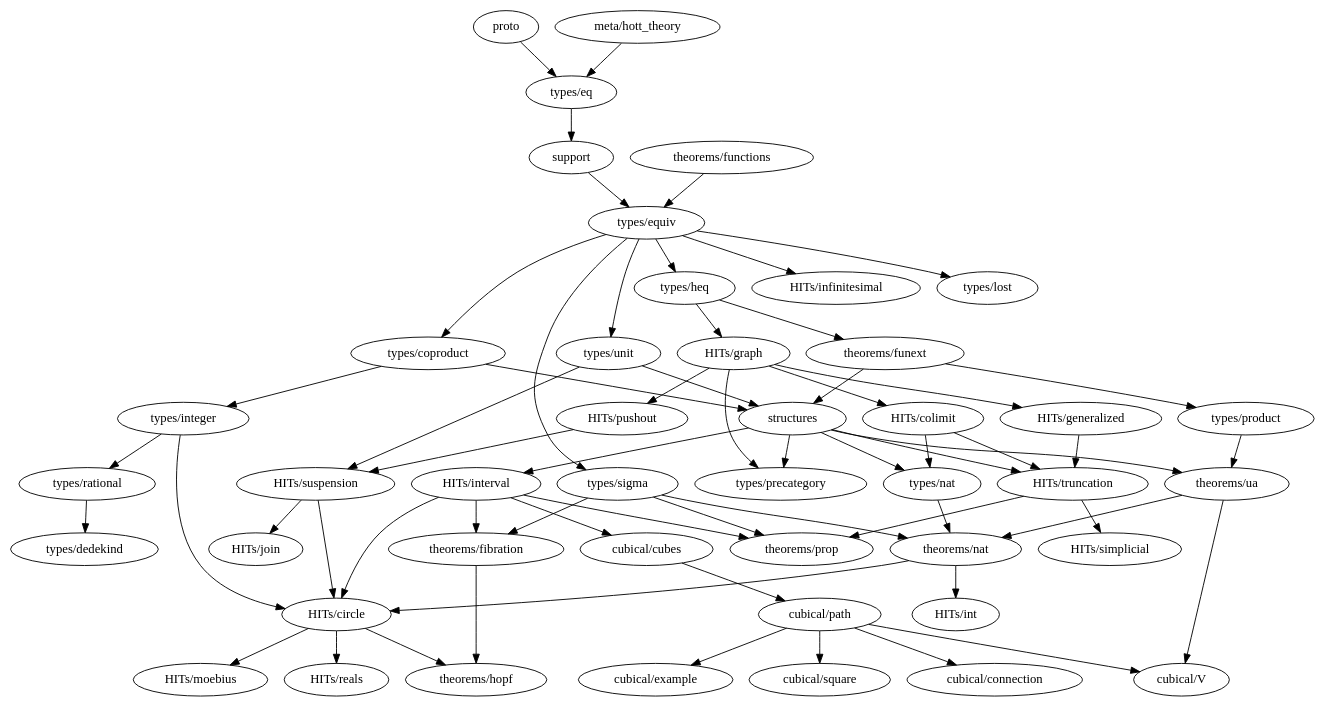
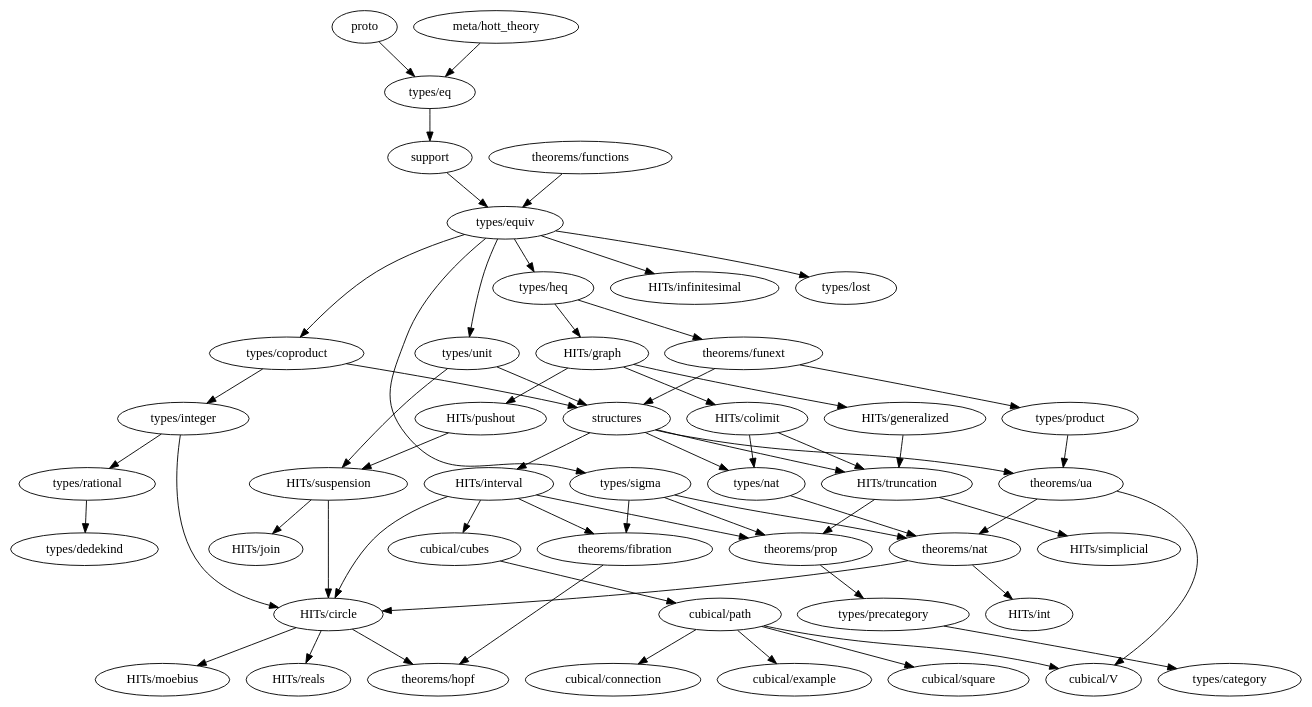
One commit to forked-from-1kasper/ground_zero changed the diagram in dependency_map.gv. Above: the diagram before and after it, drawn with Graphviz. The commit also changed 4 other files, not shown here.

```diff
--- a/dependency_map.gv
+++ b/dependency_map.gv
@@ -1,94 +1,94 @@
 digraph dependency_map {
   proto -> "types/eq"
   "meta/hott_theory" -> "types/eq"
   support -> "types/equiv"
   structures -> {
-    "types/precategory",
     "theorems/ua",
     "HITs/interval",
     "HITs/truncation",
     "types/nat"
   }
 
   subgraph types {
+    "types/category"
     "types/coproduct" -> { "types/integer", structures }
     "types/dedekind"
     "types/eq" -> { support }
     "types/equiv" -> {
       "types/heq",
       "HITs/infinitesimal",
       "types/coproduct",
       "types/lost",
       "types/unit",
       "types/sigma"
     }
     "types/heq" -> {
       "HITs/graph", "theorems/funext"
     }
     "types/integer" -> {
       "HITs/circle",
       "types/rational"
     }
     "types/lost"
     "types/nat" -> { "theorems/nat" }
+    "types/precategory" -> { "types/category" }
     "types/product" -> { "theorems/ua" }
     "types/rational" -> { "types/dedekind" }
     "types/sigma" -> { "theorems/fibration", "theorems/prop", "theorems/nat" }
     "types/unit" -> { structures, "HITs/suspension" }
   }
 
   subgraph HITs {
     "HITs/circle" -> { "theorems/hopf", "HITs/moebius", "HITs/reals" }
     "HITs/colimit" -> { "HITs/truncation", "types/nat" }
     "HITs/generalized" -> "HITs/truncation"
     "HITs/graph" -> {
       "HITs/colimit",
       "HITs/generalized",
-      "HITs/pushout",
-      "types/precategory"
+      "HITs/pushout"
     }
     "HITs/infinitesimal"
     "HITs/interval" -> {
       "cubical/cubes"
       "HITs/circle",
       "theorems/prop",
       "theorems/fibration"
     }
     "HITs/join"
     "HITs/moebius"
     "HITs/pushout" -> {
       "HITs/suspension"
     }
     "HITs/reals"
     "HITs/simplicial"
     "HITs/suspension" -> { "HITs/circle", "HITs/join" }
     "HITs/truncation" -> {
       "theorems/prop",
       "HITs/simplicial"
     }
   }
 
   subgraph cubical {
     "cubical/connection"
     "cubical/cubes" -> "cubical/path"
     "cubical/example"
     "cubical/path" -> {
       "cubical/square",
       "cubical/example",
       "cubical/V",
       "cubical/connection"
     }
     "cubical/square"
     "cubical/V"
   }
 
   subgraph theorems {
     "theorems/fibration" -> { "theorems/hopf" }
     "theorems/functions" -> { "types/equiv" }
     "theorems/funext" -> { structures, "types/product" }
     "theorems/hopf"
     "theorems/nat" -> { "HITs/circle", "HITs/int" }
-    "theorems/prop"
+    "theorems/prop" -> { "types/precategory" }
     "theorems/ua" -> { "theorems/nat", "cubical/V" }
   }
 }
```
